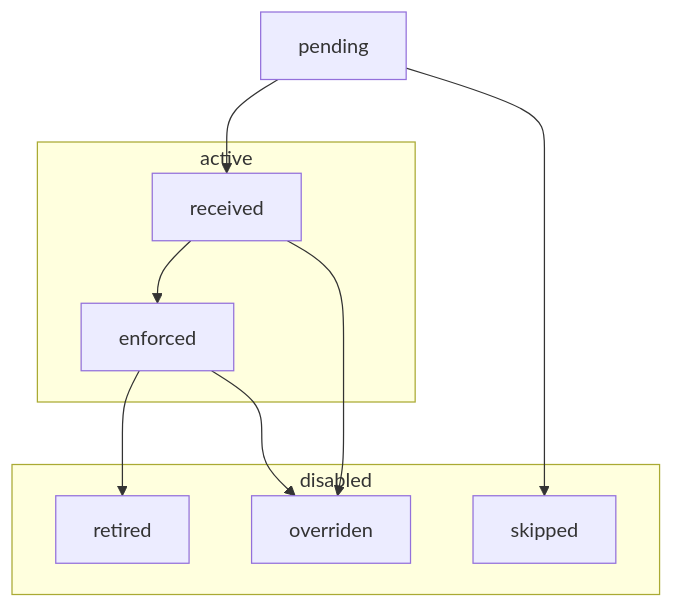
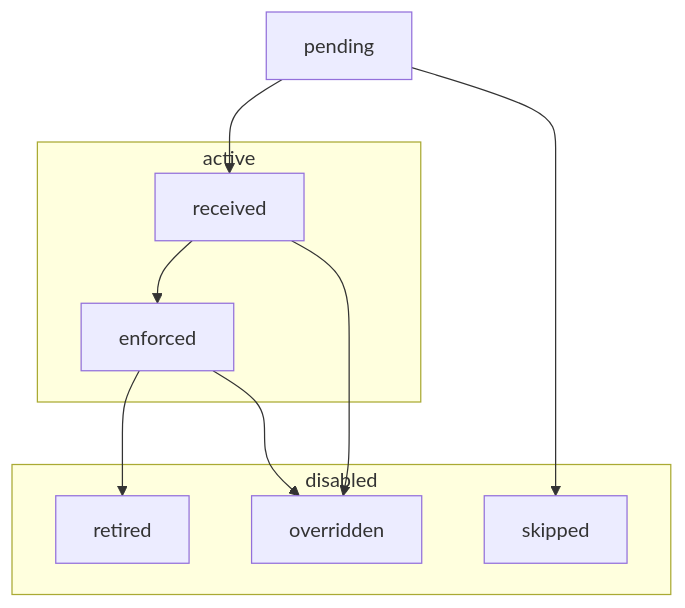
Before and after one commit to OpenRailAssociation/osrd-website: the second of 2 diagrams in content/docs/reference/design-docs/train-sim-v3/driving-instruction.en.md, drawn with Mermaid. The commit also changed other lines of this file and 5 other files, not shown here.

````diff
--- a/content/docs/reference/design-docs/train-sim-v3/driving-instruction.en.md
+++ b/content/docs/reference/design-docs/train-sim-v3/driving-instruction.en.md
@@ -55,21 +55,21 @@
 ```mermaid
 flowchart TD
 
 subgraph disabled
     skipped
     retired
-    overriden
+    overridden
 end
 
 subgraph active
     received
     enforced
 end
 
 pending --> received
 pending --> skipped
 received --> enforced
-received --> overriden
+received --> overridden
 enforced --> retired
-enforced --> overriden
+enforced --> overridden
 ```
````
